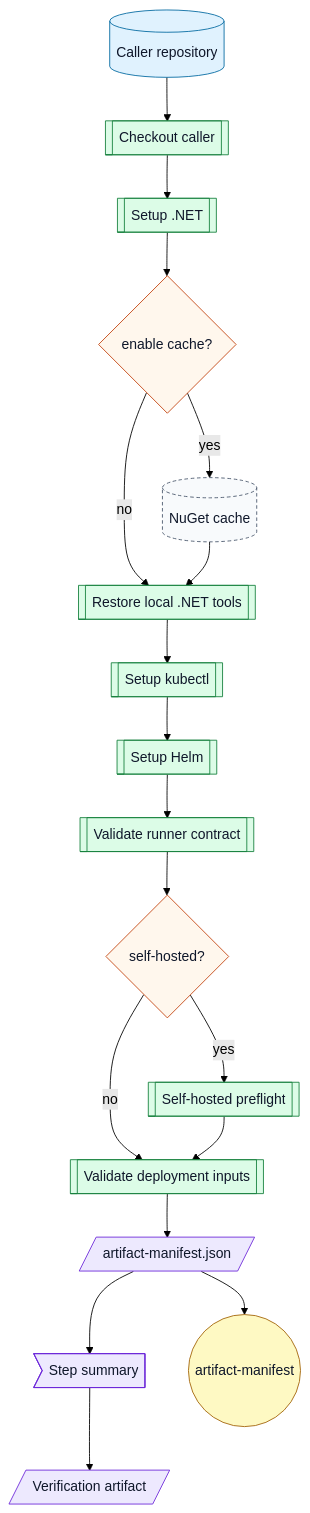
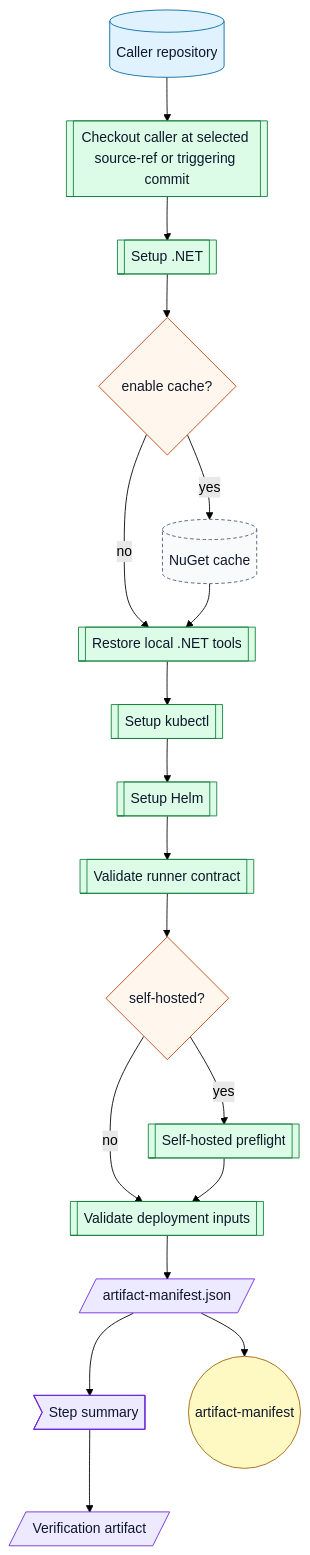
One commit to ArkanisCorporation/ci changed diagram 15 of 17 in docs/workflow-catalog.md. Above: the diagram before and after it, drawn with Mermaid (forest theme). The commit also changed other lines of this file and 7 other files, not shown here.

Commit message:
feat(deploy): allow selecting the deployment source ref

````diff
--- a/docs/workflow-catalog.md
+++ b/docs/workflow-catalog.md
@@ -1772,32 +1777,32 @@
 ```mermaid
 flowchart TD
-  caller[("Caller repository")] --> checkout[[Checkout caller]]
+  caller[("Caller repository")] --> checkout[[Checkout caller at selected source-ref or triggering commit]]
   checkout --> dotnet[[Setup .NET]]
   dotnet --> cache{enable cache?}
   cache -->|yes| nugetCache[("NuGet cache")]
   cache -->|no| tools[[Restore local .NET tools]]
   nugetCache --> tools
   tools --> kubectl[[Setup kubectl]]
   kubectl --> helm[[Setup Helm]]
   helm --> validate[[Validate runner contract]]
   validate --> preflight{self-hosted?}
   preflight -->|yes| sh[[Self-hosted preflight]]
   preflight -->|no| inputs[[Validate deployment inputs]]
   sh --> inputs
   inputs --> manifest[/artifact-manifest.json/]
   manifest --> summary>Step summary]
   summary --> upload[/Verification artifact/]
   manifest --> outputs(("artifact-manifest"))
   classDef repo fill:#e0f2fe,stroke:#0369a1,color:#0f172a
   classDef action fill:#dcfce7,stroke:#15803d,color:#0f172a
   classDef decision fill:#fff7ed,stroke:#c2410c,color:#0f172a
   classDef artifact fill:#ede9fe,stroke:#6d28d9,color:#0f172a
   classDef output fill:#fef9c3,stroke:#a16207,color:#0f172a
   classDef external fill:#f8fafc,stroke:#475569,stroke-dasharray: 4 3,color:#0f172a
   class caller repo
   class checkout,dotnet,tools,kubectl,helm,validate,sh,inputs action
   class cache,preflight decision
   class manifest,summary,upload artifact
   class outputs output
   class nugetCache external
 ```
````
